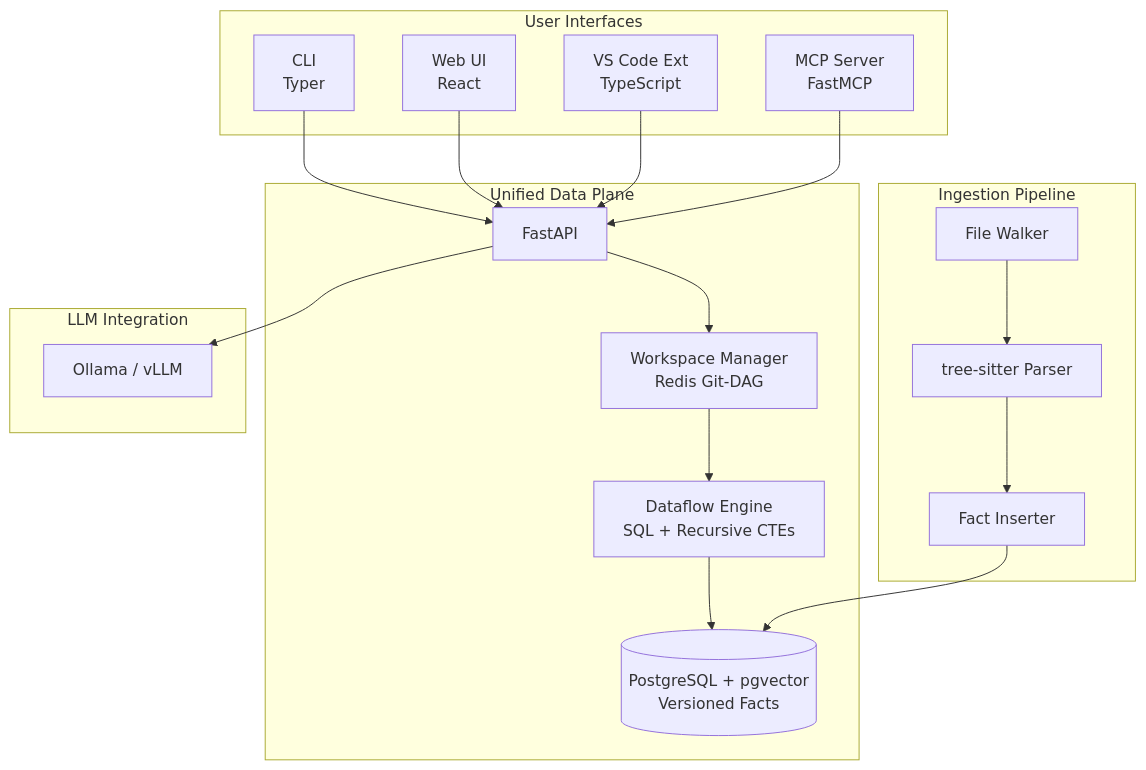
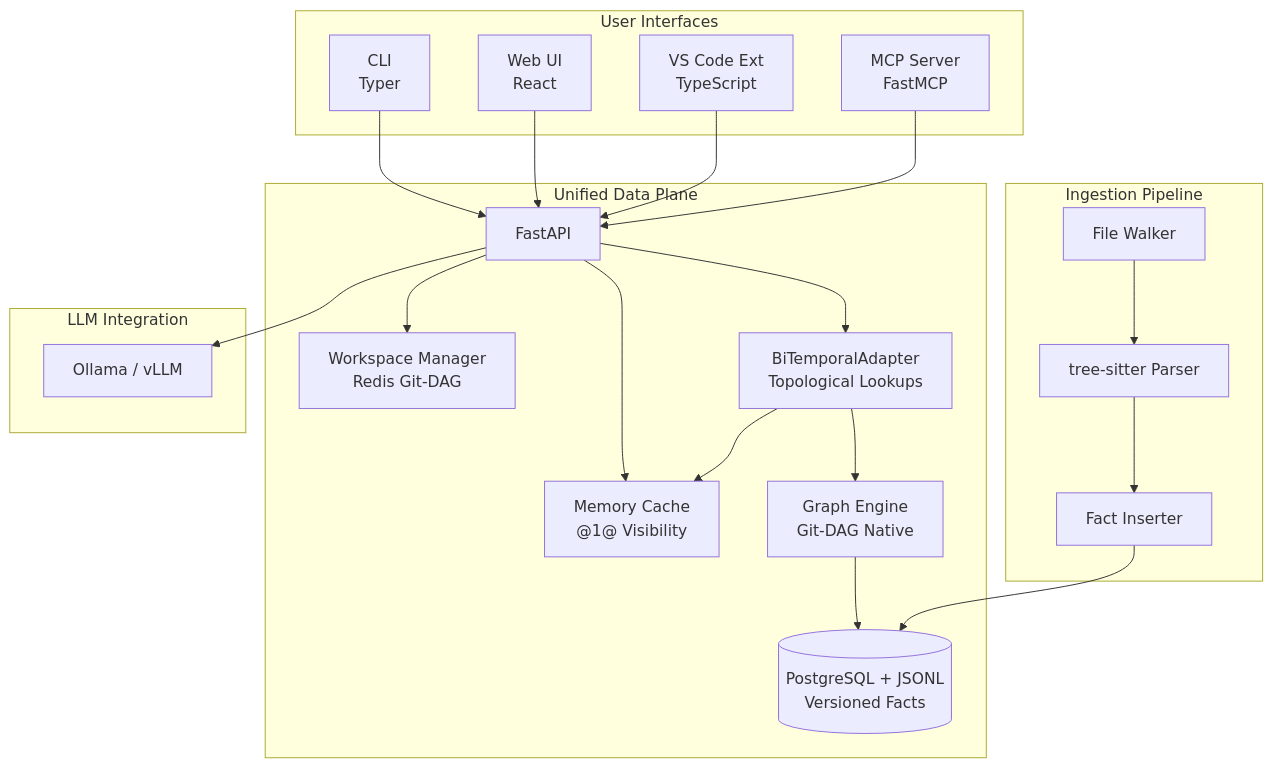
One commit to bmrtech-oss/code-intel changed the first of 3 diagrams in docs/code-intel-design.md. Above: the diagram before and after it, drawn with Mermaid. The commit also changed other lines of this file and 40 other files, not shown here.

````diff
--- a/docs/code-intel-design.md
+++ b/docs/code-intel-design.md
@@ -27,36 +27,41 @@
 ```mermaid
 graph TB
     subgraph "User Interfaces"
         CLI[CLI<br/>Typer]
         WebUI[Web UI<br/>React]
         VSCode[VS Code Ext<br/>TypeScript]
         MCP[MCP Server<br/>FastMCP]
     end
 
     subgraph "Unified Data Plane"
         API[FastAPI]
         WS[Workspace Manager<br/>Redis Git-DAG]
-        Engine[Dataflow Engine<br/>SQL + Recursive CTEs]
-        Store[(PostgreSQL + pgvector<br/>Versioned Facts)]
+        Cache[Memory Cache<br/>@1@ Visibility]
+        Adapter[BiTemporalAdapter<br/>Topological Lookups]
+        Engine[Graph Engine<br/>Git-DAG Native]
+        Store[(PostgreSQL + JSONL<br/>Versioned Facts)]
     end
 
     subgraph "Ingestion Pipeline"
         Walker[File Walker]
         Parser[tree-sitter Parser]
         FactInserter[Fact Inserter]
     end
 
     subgraph "LLM Integration"
         Ollama[Ollama / vLLM]
     end
 
     CLI --> API
     WebUI --> API
     VSCode --> API
     MCP --> API
     API --> WS
-    WS --> Engine
+    API --> Cache
+    API --> Adapter
+    Adapter --> Cache
+    Adapter --> Engine
     Engine --> Store
     Walker --> Parser --> FactInserter --> Store
     API --> Ollama
 ```
````
